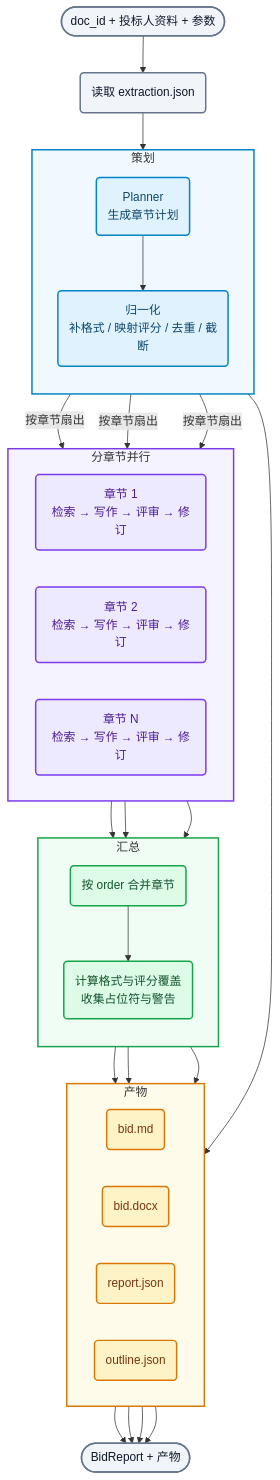
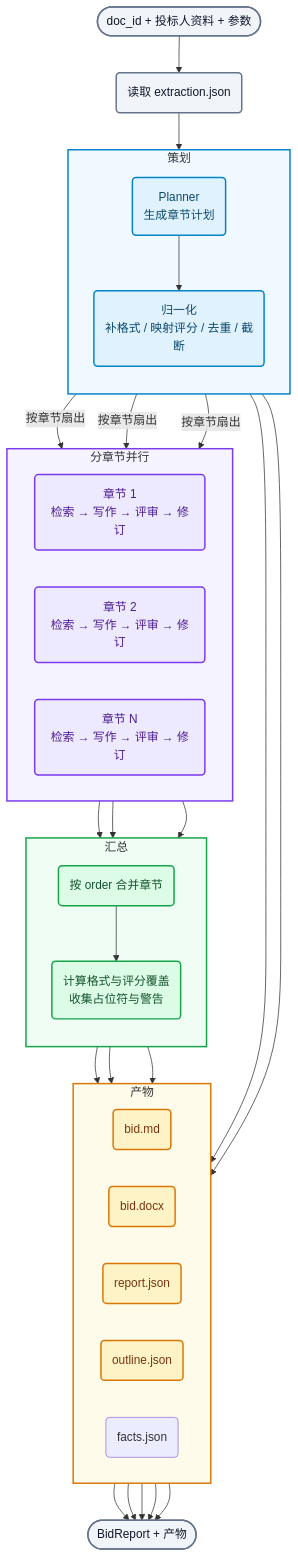
One commit to chenjson59-jpg/bid-writing-multi-agent changed diagram 11 of 22 in docs/architecture.md. Above: the diagram before and after it, drawn with Mermaid. The commit also changed other lines of this file and 19 other files, not shown here.

````diff
--- a/docs/architecture.md
+++ b/docs/architecture.md
@@ -1391,65 +1391,68 @@
 ```mermaid
 flowchart TB
   Start(["doc_id + 投标人资料 + 参数"]) --> Load("读取 extraction.json")
 
   subgraph sgPlan["策划"]
     direction TB
     Plan("Planner<br/>生成章节计划")
     Normalize("归一化<br/>补格式 / 映射评分 / 去重 / 截断")
     Plan --> Normalize
   end
 
   subgraph sgSections["分章节并行"]
     direction LR
     S1("章节 1<br/>检索 → 写作 → 评审 → 修订")
     S2("章节 2<br/>检索 → 写作 → 评审 → 修订")
     SN("章节 N<br/>检索 → 写作 → 评审 → 修订")
   end
 
   subgraph sgAssemble["汇总"]
     direction TB
     Assemble("按 order 合并章节")
     Report("计算格式与评分覆盖<br/>收集占位符与警告")
   end
 
   subgraph sgArtifacts["产物"]
     direction LR
     MD("bid.md")
     DOCX("bid.docx")
     JSON("report.json")
     Outline("outline.json")
+    Facts("facts.json")
   end
 
   Load --> Plan
   Normalize -->|"按章节扇出"| S1
   Normalize -->|"按章节扇出"| S2
   Normalize -->|"按章节扇出"| SN
   S1 --> Assemble
   S2 --> Assemble
   SN --> Assemble
   Assemble --> Report
   Assemble --> MD
   Assemble --> DOCX
   Report --> JSON
   Normalize --> Outline
+  Normalize --> Facts
   MD --> End(["BidReport + 产物"])
   DOCX --> End
   JSON --> End
   Outline --> End
+  Facts --> End
 
   classDef input fill:#f1f5f9,stroke:#64748b,stroke-width:2px,color:#0f172a
   classDef plan fill:#e0f2fe,stroke:#0284c7,stroke-width:2px,color:#0c4a6e
   classDef section fill:#ede9fe,stroke:#7c3aed,stroke-width:2px,color:#4c1d95
   classDef assemble fill:#dcfce7,stroke:#16a34a,stroke-width:2px,color:#14532d
   classDef artifact fill:#fef3c7,stroke:#d97706,stroke-width:2px,color:#78350f
   class Start,Load,End input
   class Plan,Normalize plan
   class S1,S2,SN section
   class Assemble,Report assemble
   class MD,DOCX,JSON,Outline artifact
 
   style sgPlan fill:#f0f9ff,stroke:#0284c7,stroke-width:2px
   style sgSections fill:#f5f3ff,stroke:#7c3aed,stroke-width:2px
   style sgAssemble fill:#f0fdf4,stroke:#16a34a,stroke-width:2px
   style sgArtifacts fill:#fffbeb,stroke:#d97706,stroke-width:2px
 ```
````
